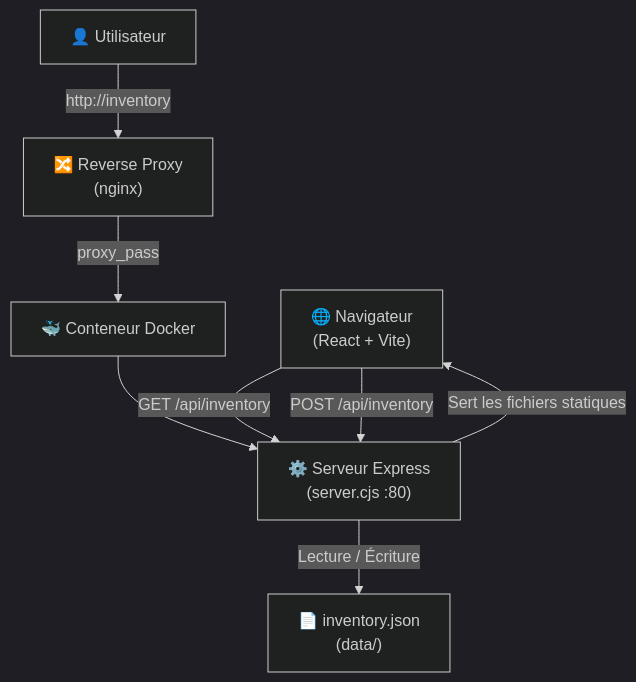
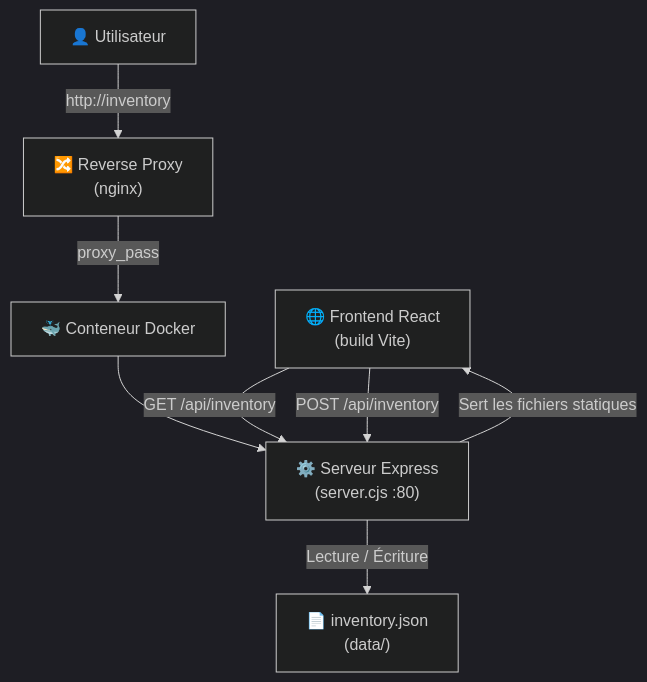
The diagram in README.md (souffleuse/Inventory), drawn with Mermaid (dark theme) before and after one commit.

Commit message:
Potential fix for pull request finding

````diff
--- a/README.md
+++ b/README.md
@@ -159,17 +159,17 @@
 ```mermaid
 graph TD
-    Browser["🌐 Navigateur\n(React + Vite)"]
+    Browser["🌐 Frontend React\n(build Vite)"]
     Express["⚙️ Serveur Express\n(server.cjs :80)"]
     JSON["📄 inventory.json\n(data/)"]
     Docker["🐳 Conteneur Docker"]
     Nginx["🔀 Reverse Proxy\n(nginx)"]
     User["👤 Utilisateur"]
 
     User -->|http://inventory| Nginx
     Nginx -->|proxy_pass| Docker
     Docker --> Express
     Express -->|Sert les fichiers statiques| Browser
     Browser -->|GET /api/inventory| Express
     Browser -->|POST /api/inventory| Express
     Express -->|Lecture / Écriture| JSON
 ```
````
